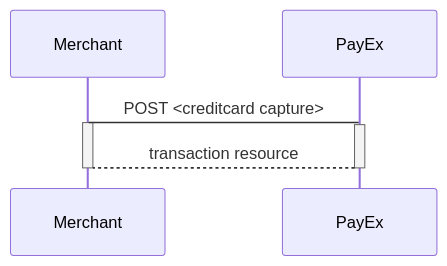
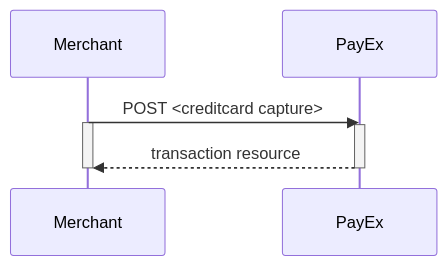
Before and after one commit to SwedbankPay/developer.swedbankpay.com: the first of 3 diagrams in payments/mobile-pay/other-features.md, drawn with Mermaid. The commit also changed other lines of this file, not shown here.

Commit message:
DX-259 Fix mermaid diagram in mobile pay section

````diff
--- a/payments/mobile-pay/other-features.md
+++ b/payments/mobile-pay/other-features.md
@@ -34,9 +34,9 @@
 ```mermaid
 sequenceDiagram
-  Merchant->PayEx: POST <creditcard capture>
+  Merchant->>PayEx: POST <creditcard capture>
   Activate Merchant
   Activate PayEx
-  PayEx-->Merchant: transaction resource
+  PayEx-->>Merchant: transaction resource
   Deactivate PayEx
   Deactivate Merchant
 ```
````
